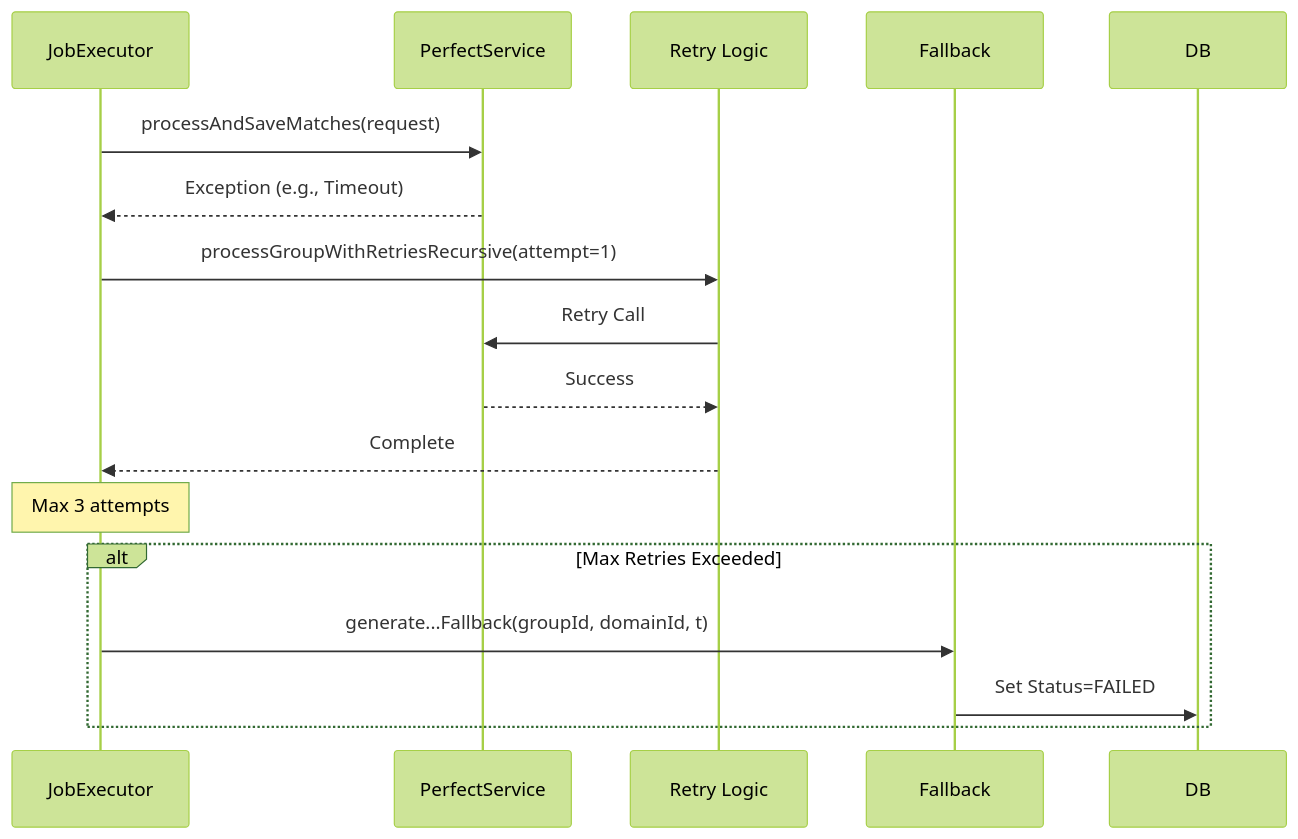
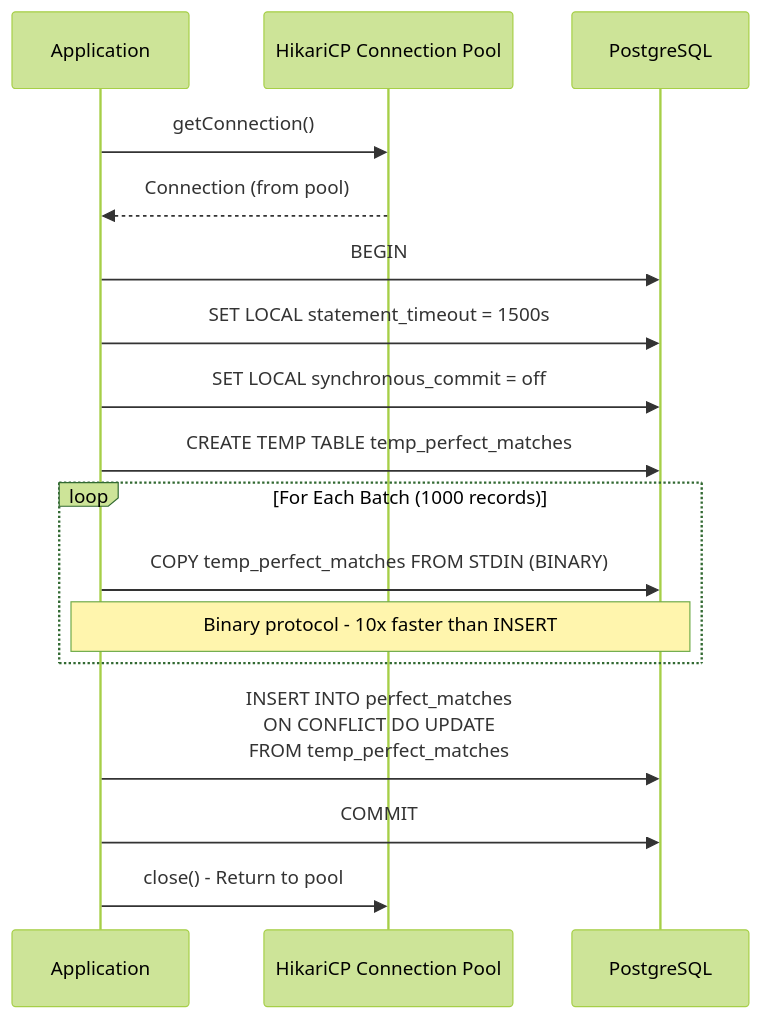
One commit to kagit00/schedule_x changed diagram 20 of 24 in docs/Low Level Designs/ScheduledPerfectMatchesCreation.md. Above: the diagram before and after it, drawn with Mermaid (forest theme). The commit also changed other lines of this file, not shown here.

````diff
--- a/docs/Low Level Designs/ScheduledPerfectMatchesCreation.md
+++ b/docs/Low Level Designs/ScheduledPerfectMatchesCreation.md
@@ -239,19 +860,24 @@
 ```mermaid
 sequenceDiagram
-    participant PE as JobExecutor
-    participant PM as PerfectService
-    participant RETRY as Retry Logic
-    participant FB as Fallback
-
-    PE->>PM: processAndSaveMatches(request)
-    PM-->>PE: Exception (e.g., Timeout)
-    PE->>RETRY: processGroupWithRetriesRecursive(attempt=1)
-    RETRY->>PM: Retry Call
-    PM-->>RETRY: Success
-    RETRY-->>PE: Complete
-    Note over PE: Max 3 attempts
-    alt Max Retries Exceeded
-        PE->>FB: generate...Fallback(groupId, domainId, t)
-        FB->>DB: Set Status=FAILED
+    participant App as Application
+    participant Pool as HikariCP Connection Pool
+    participant PG as PostgreSQL
+    
+    App->>Pool: getConnection()
+    Pool-->>App: Connection (from pool)
+    
+    App->>PG: BEGIN
+    App->>PG: SET LOCAL statement_timeout = 1500s
+    App->>PG: SET LOCAL synchronous_commit = off
+    App->>PG: CREATE TEMP TABLE temp_perfect_matches
+    
+    loop For Each Batch (1000 records)
+        App->>PG: COPY temp_perfect_matches FROM STDIN (BINARY)
+        Note over App,PG: Binary protocol - 10x faster than INSERT
     end
+    
+    App->>PG: INSERT INTO perfect_matches<br/>ON CONFLICT DO UPDATE<br/>FROM temp_perfect_matches
+    App->>PG: COMMIT
+    
+    App->>Pool: close() - Return to pool
 ```
````
